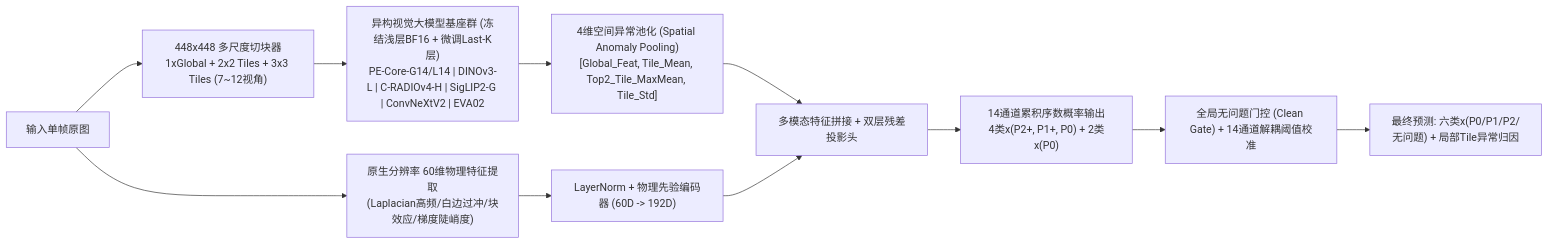
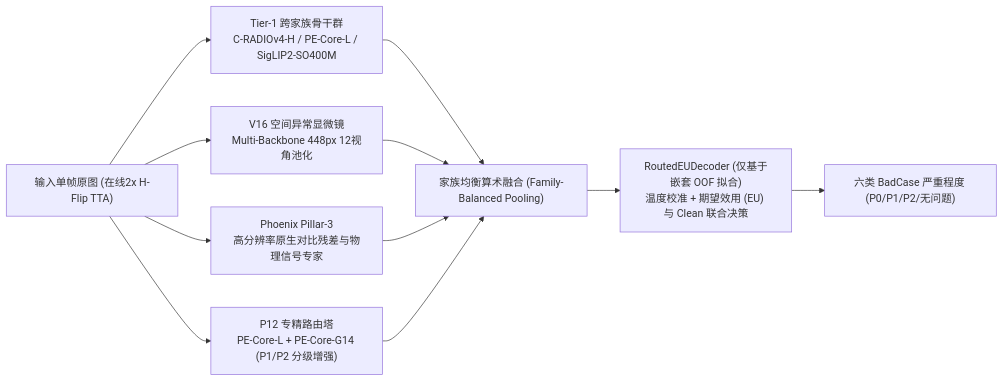
The diagram in docs/TECHNICAL_REPORT.md (billy2013mo-max/chengfeng2026-topic18-nriqa), drawn with Mermaid before and after one commit. The commit also changed other lines of this file and 543 other files, not shown here.

````diff
--- a/docs/TECHNICAL_REPORT.md
+++ b/docs/TECHNICAL_REPORT.md
@@ -27,13 +23,13 @@
 ```mermaid
 flowchart LR
-    IMG["输入单帧原图"] --> NATIVE["原生分辨率 60维物理特征提取\n(Laplacian高频/白边过冲/块效应/梯度陡峭度)"]
-    IMG --> TILER["448x448 多尺度切块器\n1xGlobal + 2x2 Tiles + 3x3 Tiles (7~12视角)"]
-    TILER --> BB["异构视觉大模型基座群 (冻结浅层BF16 + 微调Last-K层)\nPE-Core-G14/L14 | DINOv3-L | C-RADIOv4-H | SigLIP2-G | ConvNeXtV2 | EVA02"]
-    BB --> POOL["4维空间异常池化 (Spatial Anomaly Pooling)\n[Global_Feat, Tile_Mean, Top2_Tile_MaxMean, Tile_Std]"]
-    NATIVE --> MLP["LayerNorm + 物理先验编码器 (60D -> 192D)"]
-    POOL --> FUSE["多模态特征拼接 + 双层残差投影头"]
-    MLP --> FUSE
-    FUSE --> HEAD["14通道累积序数概率输出\n4类x(P2+, P1+, P0) + 2类x(P0)"]
-    HEAD --> GATE["全局无问题门控 (Clean Gate) + 14通道解耦阈值校准"]
-    GATE --> OUT["最终预测: 六类x(P0/P1/P2/无问题) + 局部Tile异常归因"]
+    IMG["输入单帧原图 (在线2x H-Flip TTA)"] --> T1["Tier-1 跨家族骨干群\nC-RADIOv4-H / PE-Core-L / SigLIP2-SO400M"]
+    IMG --> V16["V16 空间异常显微镜\nMulti-Backbone 448px 12视角池化"]
+    IMG --> P3["Phoenix Pillar-3\n高分辨率原生对比残差与物理信号专家"]
+    IMG --> P12["P12 专精路由塔\nPE-Core-L + PE-Core-G14 (P1/P2 分级增强)"]
+    T1 --> POOL["家族均衡算术融合 (Family-Balanced Pooling)"]
+    V16 --> POOL
+    P3 --> POOL
+    P12 --> POOL
+    POOL --> DEC["RoutedEUDecoder (仅基于嵌套 OOF 拟合)\n温度校准 + 期望效用 (EU) 与 Clean 联合决策"]
+    DEC --> OUT["六类 BadCase 严重程度 (P0/P1/P2/无问题)"]
 ```
````
